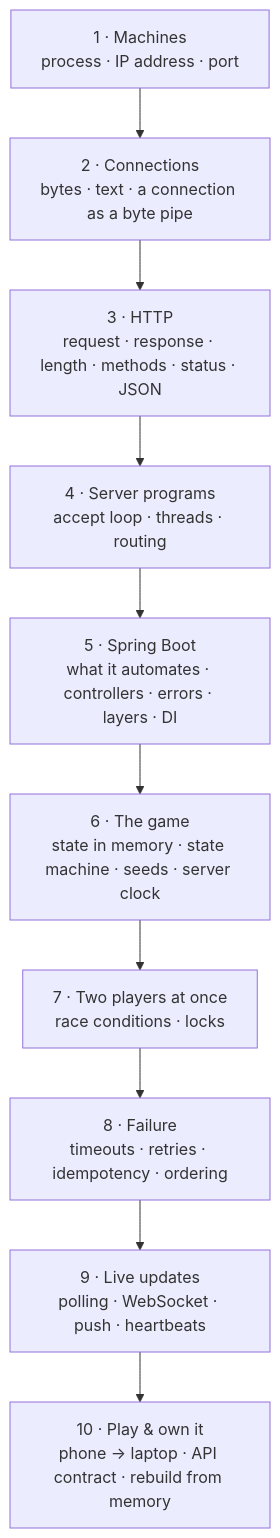
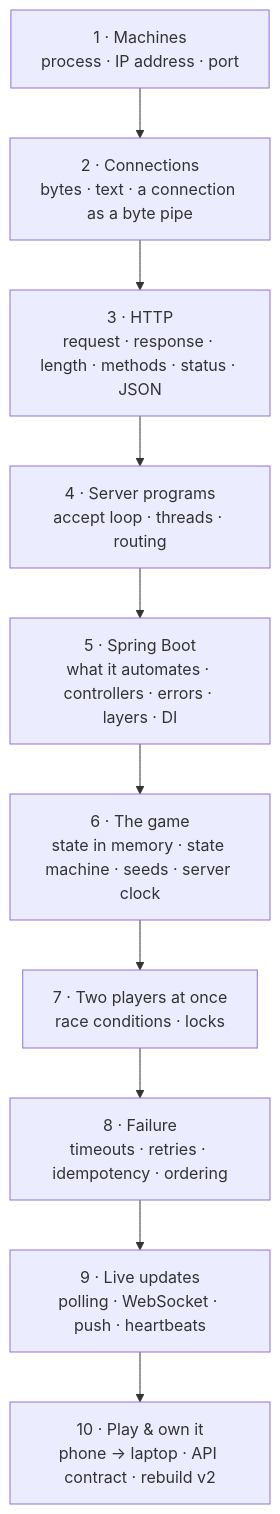
The diagram in site/src/content/docs/maths/map.mdx (harijoshi07/backend-engineering), drawn with Mermaid before and after one commit. The commit also changed other lines of this file and 3 other files, not shown here.

````diff
--- a/site/src/content/docs/maths/map.mdx
+++ b/site/src/content/docs/maths/map.mdx
@@ -19,14 +19,14 @@
 ```mermaid
 flowchart TB
     A["1 · Machines<br/>process · IP address · port"]
     B["2 · Connections<br/>bytes · text · a connection as a byte pipe"]
     C["3 · HTTP<br/>request · response · length · methods · status · JSON"]
     D["4 · Server programs<br/>accept loop · threads · routing"]
     E["5 · Spring Boot<br/>what it automates · controllers · errors · layers · DI"]
     F["6 · The game<br/>state in memory · state machine · seeds · server clock"]
     G["7 · Two players at once<br/>race conditions · locks"]
     H["8 · Failure<br/>timeouts · retries · idempotency · ordering"]
     I["9 · Live updates<br/>polling · WebSocket · push · heartbeats"]
-    K["10 · Play & own it<br/>phone → laptop · API contract · rebuild from memory"]
+    K["10 · Play & own it<br/>phone → laptop · API contract · rebuild v2"]
     A --> B --> C --> D --> E --> F --> G --> H --> I --> K
 ```
````
